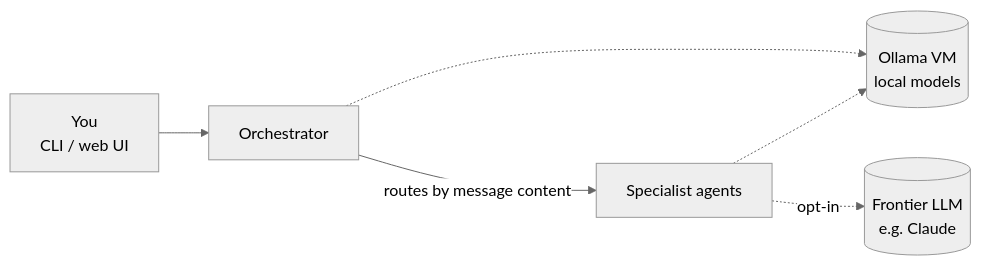
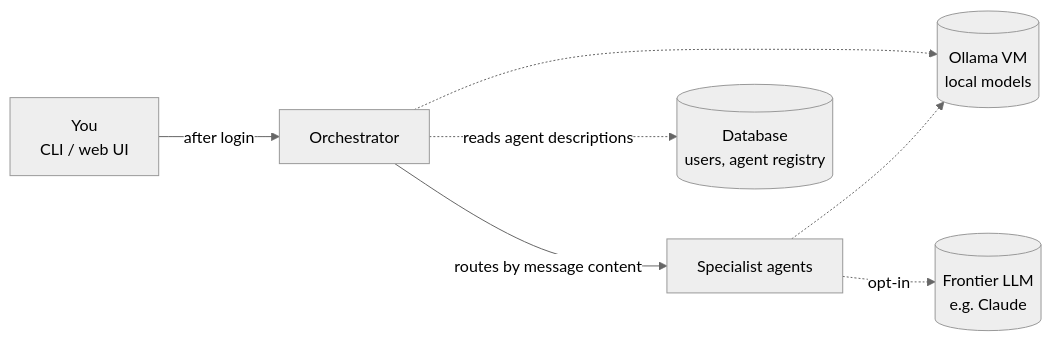
Before and after one commit to Ruaghain/sammy: the diagram in README.md, drawn with Mermaid (neutral theme). The commit also changed other lines of this file and 2 other files, not shown here.

First line of the commit message:
Document user login and the database-backed agent registry

````diff
--- a/README.md
+++ b/README.md
@@ -21,8 +21,9 @@
 ```mermaid
 flowchart LR
-    U[You<br/>CLI / web UI] --> O[Orchestrator]
+    U[You<br/>CLI / web UI] -->|after login| O[Orchestrator]
     O -->|routes by message content| A[Specialist agents]
+    O -.->|reads agent descriptions| D[(Database<br/>users, agent registry)]
     O -.-> L[(Ollama VM<br/>local models)]
     A -.-> L
     A -.->|opt-in| F[(Frontier LLM<br/>e.g. Claude)]
 ```
````
